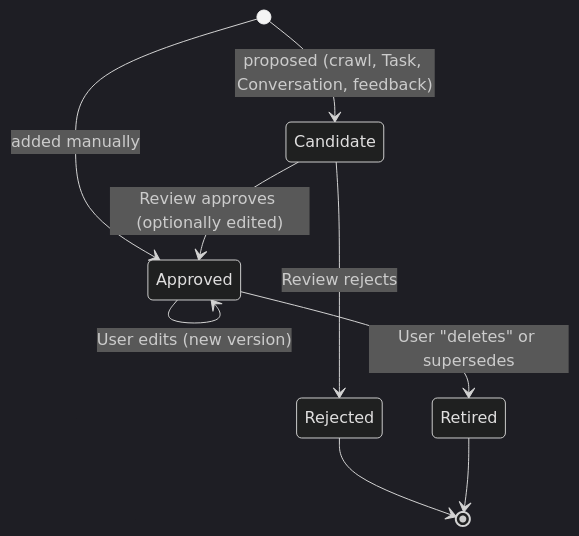
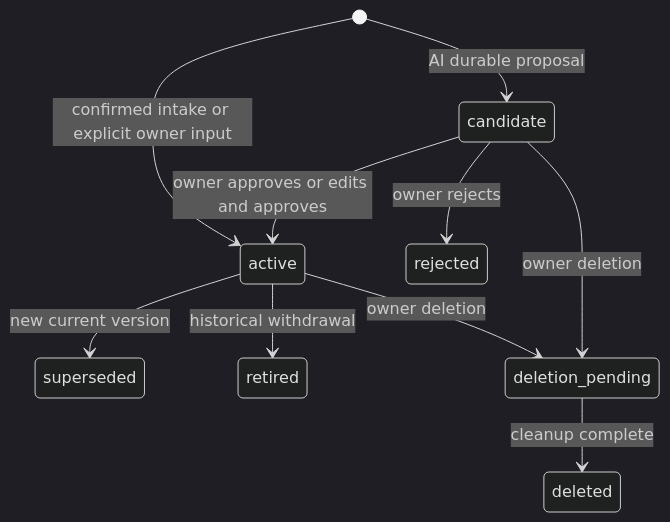
One commit to mohamed-hossam1/busmora-docs changed the second of 6 diagrams in domain/model.md. Above: the diagram before and after it, drawn with Mermaid (dark theme). The commit also changed other lines of this file and 16 other files, not shown here.

````diff
--- a/domain/model.md
+++ b/domain/model.md
@@ -128,11 +150,12 @@
 ```mermaid
 stateDiagram-v2
-  [*] --> Candidate: proposed (crawl, Task, Conversation, feedback)
-  [*] --> Approved: added manually
-  Candidate --> Approved: Review approves (optionally edited)
-  Candidate --> Rejected: Review rejects
-  Approved --> Approved: User edits (new version)
-  Approved --> Retired: User "deletes" or supersedes
-  Rejected --> [*]
-  Retired --> [*]
+  [*] --> active: confirmed intake or explicit owner input
+  [*] --> candidate: AI durable proposal
+  candidate --> active: owner approves or edits and approves
+  candidate --> rejected: owner rejects
+  active --> superseded: new current version
+  active --> retired: historical withdrawal
+  active --> deletion_pending: owner deletion
+  candidate --> deletion_pending: owner deletion
+  deletion_pending --> deleted: cleanup complete
 ```
````
